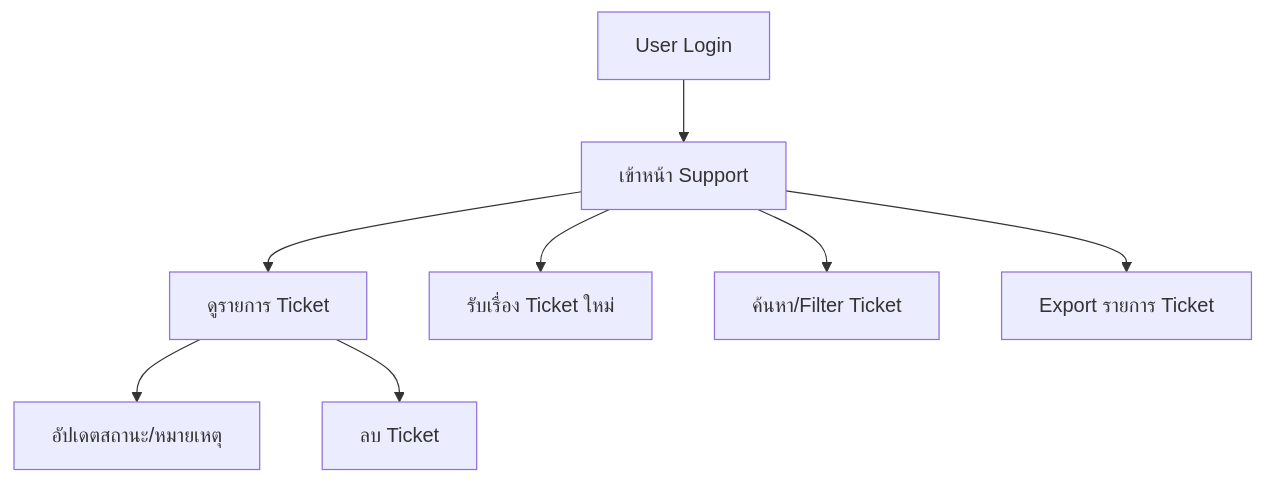
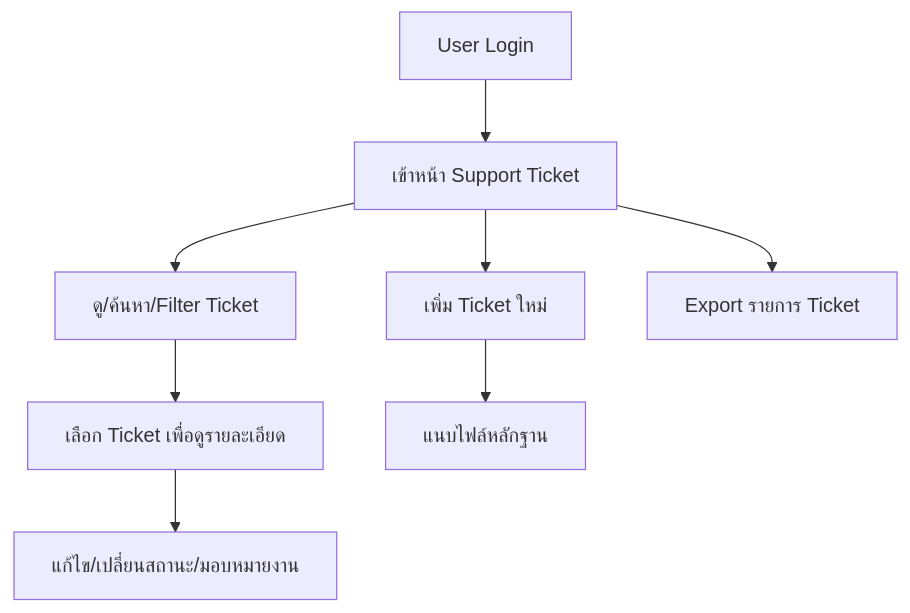
Before and after one commit to Atiz-Innovation/EaseMe: the diagram in docs/support/ticket/flow-diagram.md, drawn with Mermaid. The commit also changed other lines of this file and 6 other files, not shown here.

Commit message:
Initial documentation and structure for support/ticket feature.

````diff
--- a/docs/support/ticket/flow-diagram.md
+++ b/docs/support/ticket/flow-diagram.md
@@ -3,10 +3,10 @@
 ```mermaid
 flowchart TD
-   A[User Login] --> B[เข้าหน้า Support]
-   B --> C[ดูรายการ Ticket]
-   B --> D[รับเรื่อง Ticket ใหม่]
-   C --> E[อัปเดตสถานะ/หมายเหตุ]
-   C --> F[ลบ Ticket]
-   B --> G[ค้นหา/Filter Ticket]
-   B --> H[Export รายการ Ticket]
+    A[User Login] --> B[เข้าหน้า Support Ticket]
+    B --> C[ดู/ค้นหา/Filter Ticket]
+    B --> D[เพิ่ม Ticket ใหม่]
+    C --> E[เลือก Ticket เพื่อดูรายละเอียด]
+    E --> F[แก้ไข/เปลี่ยนสถานะ/มอบหมายงาน]
+    B --> G[Export รายการ Ticket]
+    D --> H[แนบไฟล์หลักฐาน]
 ```
````
